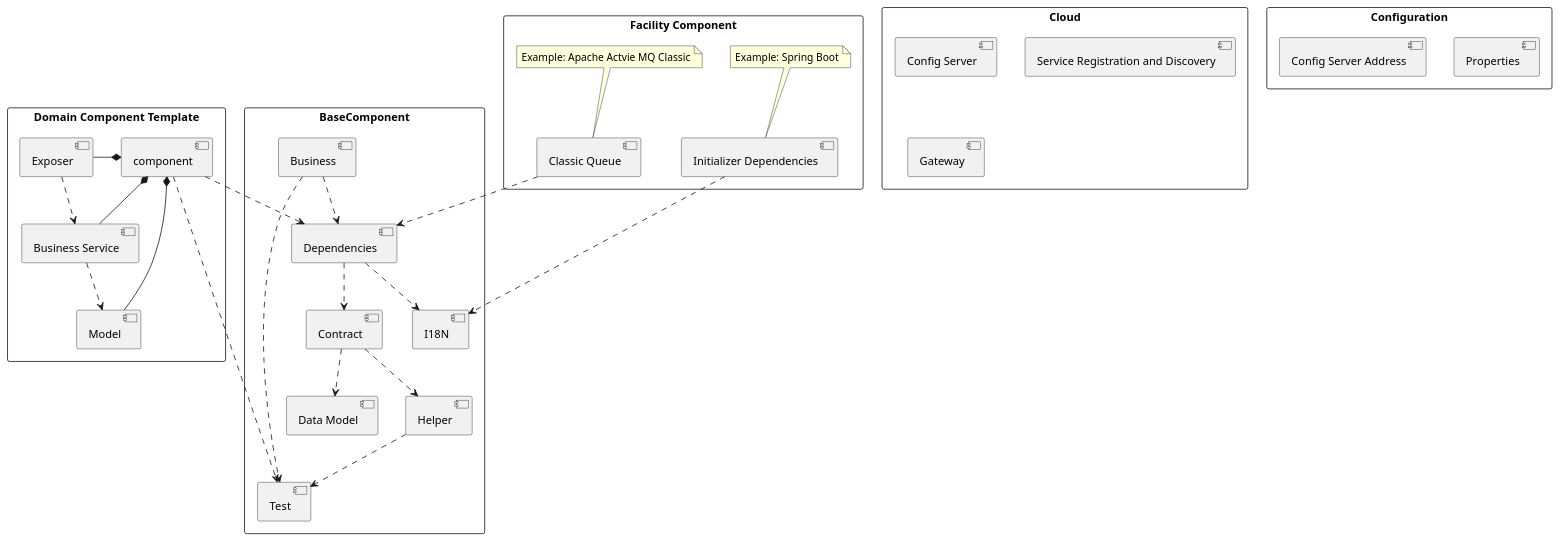
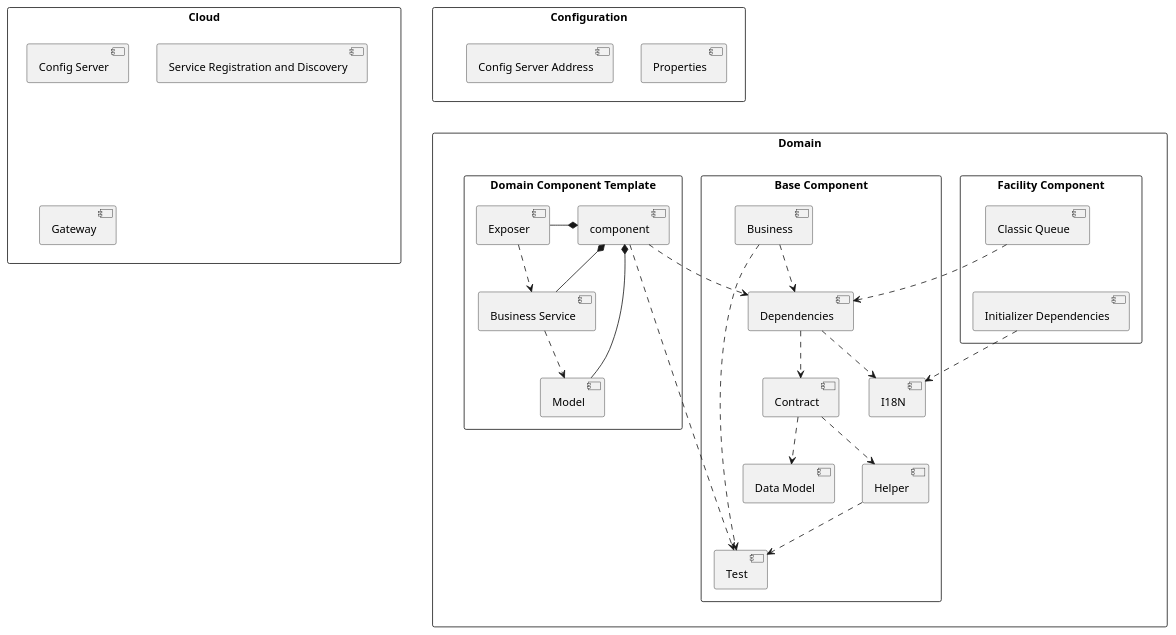
Before and after one commit to pine-org/pine-framework: the diagram in document/diagrams/uml/ComponentDiagram.puml, drawn with PlantUML. The commit also changed 52 other files, not shown here.

```diff
--- a/document/diagrams/uml/ComponentDiagram.puml
+++ b/document/diagrams/uml/ComponentDiagram.puml
@@ -1,59 +1,59 @@
 @startuml
-
-rectangle BaseComponent {
+skinparam shadowing false
+rectangle "Domain" as domain{
+rectangle "Base Component" as baseComponent {
 component "Data Model" as dataModel
 component "Helper" as helper
 component "Test" as test
 component "I18N" as i18n
 component "Contract" as contract
 component "Dependencies" as dependencies
 component "Business" as business
 helper ..> test
 contract ..> dataModel
 contract ..> helper
 dependencies ..> contract
 dependencies ..> i18n
 business ..> dependencies
 business ..> test
 }
 
-rectangle "Facility Component"{
+rectangle "Facility Component" as facilityComponent {
 component "Initializer Dependencies" as initDependencies
-note top of initDependencies
-Example: Spring Boot
-end note
 component "Classic Queue" as classicQueue
-note top of classicQueue
-Example: Apache Actvie MQ Classic
-end note
-
 classicQueue ..> dependencies
 initDependencies ..> i18n
+
+initDependencies -[hidden]up- classicQueue
 }
 
-rectangle "Domain Component Template"{
+rectangle "Domain Component Template" as templateComponent{
 component "component" as comp
 component "Business Service" as businessService
 component "Model" as model
 component "Exposer" as exposer
 
 comp ..> dependencies
 comp ..> test
 comp *- businessService
 comp *- model
 comp *- exposer
 businessService ..> model
 exposer ..> businessService
 }
-
-rectangle "Cloud"{
+}
+rectangle "Cloud" as cloud{
 component "Config Server" as configServer
 component "Service Registration and Discovery" as serviceRegistry
 component "Gateway" as gateway
 }
 
-rectangle "Configuration"{
+rectangle "Configuration" as configuration{
 component "Properties" as properties
 component "Config Server Address" as configServerAddress
 }
+
+domain -[hidden]up- cloud
+domain -[hidden]up- configuration
+
 @enduml
```
